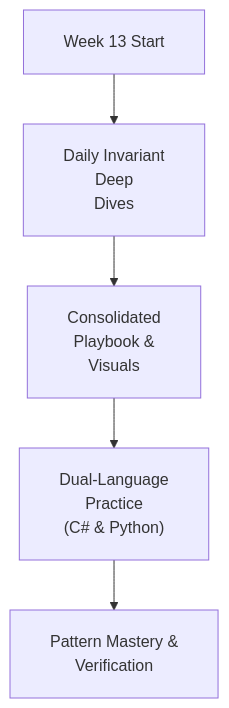
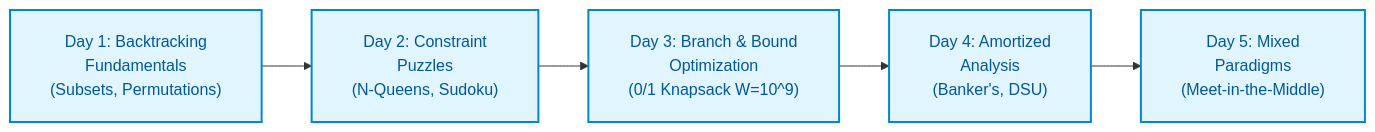
The diagram in week_13_backtracking_and_branch_bound/README.md (dip4k/DSA_102), drawn with Mermaid before and after one commit. The commit also changed other lines of this file and 147 other files, not shown here.

First line of the commit message:
feat(curriculum): enrich Weeks 01-19 instructional modules & resolve repository-wide Mermaid cutoff

````diff
--- a/week_13_backtracking_and_branch_bound/README.md
+++ b/week_13_backtracking_and_branch_bound/README.md
@@ -16,8 +13,12 @@
 ```mermaid
 %%{init: {"flowchart": {"htmlLabels": true, "padding": 20}, "themeCSS": "foreignObject { overflow: visible !important; }"}}%%
-flowchart TD
-    Start["Week 13 Start"] --> Daily["Daily Invariant<br/>Deep<br/>Dives"]
-    Daily --> Playbook["Consolidated<br/>Playbook &<br/>Visuals"]
-    Playbook --> DualLang["Dual-Language<br/>Practice<br/>(C# & Python)"]
-    DualLang --> Mastery["Pattern Mastery &<br/>Verification"]
+flowchart LR
+    D1["Day 1: Backtracking<br/>Fundamentals<br/>(Subsets, Permutations)"] --> D2["Day 2: Constraint<br/>Puzzles<br/>(N-Queens, Sudoku)"]
+    D2 --> D3["Day 3: Branch & Bound<br/>Optimization<br/>(0/1 Knapsack W=10^9)"]
+    D3 --> D4["Day 4: Amortized<br/>Analysis<br/>(Banker's, DSU)"]
+    D4 --> D5["Day 5: Mixed<br/>Paradigms<br/>(Meet-in-the-Middle)"]
+
+    classDef default fill:#f8f9fa,stroke:#37474f,stroke-width:2px,color:#263238
+    classDef dayNode fill:#e1f5fe,stroke:#0288d1,stroke-width:2px,color:#01579b
+    class D1,D2,D3,D4,D5 dayNode
 ```
````
